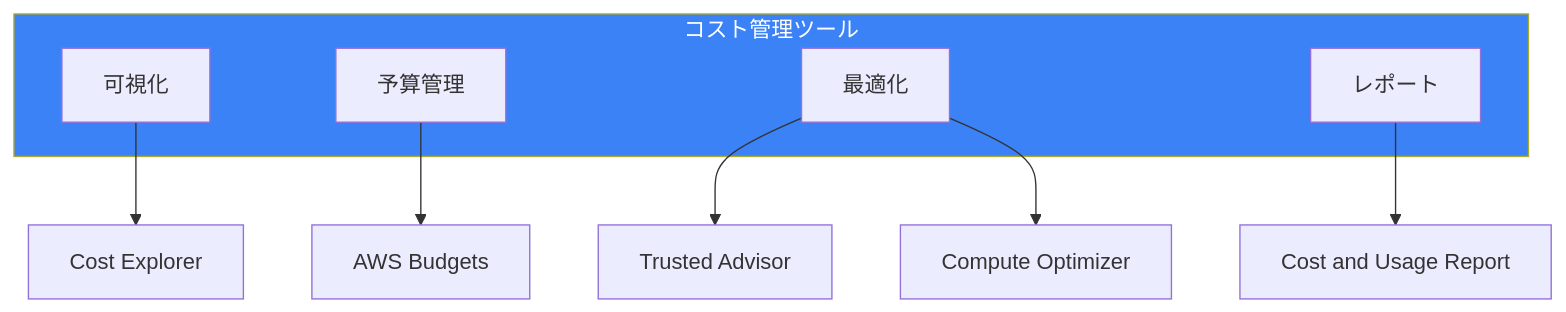
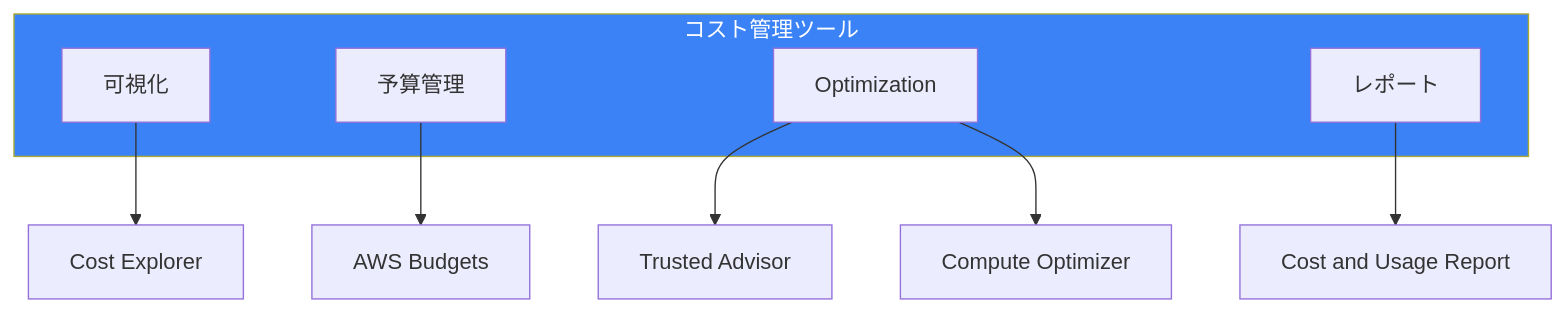
Before and after one commit to shunkus/shunku.net: the first of 11 diagrams in content/blog/ja/aws-cost-management.md, drawn with Mermaid. The commit also changed other lines of this file and 56 other files, not shown here.

````diff
--- a/content/blog/ja/aws-cost-management.md
+++ b/content/blog/ja/aws-cost-management.md
@@ -13,17 +13,17 @@
 ```mermaid
 flowchart TB
     subgraph Tools["コスト管理ツール"]
         Visibility["可視化"]
         Budget["予算管理"]
-        Optimize["最適化"]
+        Optimize["Optimization"]
         Report["レポート"]
     end
 
     Visibility --> CostExplorer["Cost Explorer"]
     Budget --> Budgets["AWS Budgets"]
     Optimize --> TA["Trusted Advisor"]
     Optimize --> CO["Compute Optimizer"]
     Report --> CUR["Cost and Usage Report"]
 
     style Tools fill:#3b82f6,color:#fff
 ```
````
